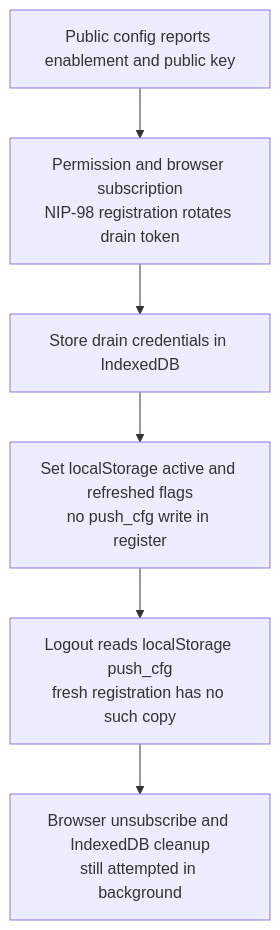
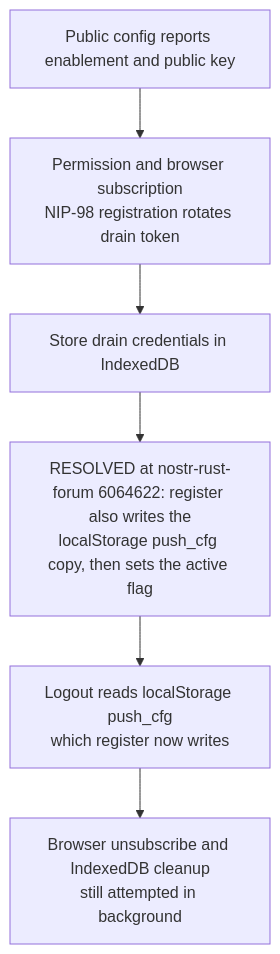
The first of 6 diagrams in docs/diagrams/nostr-rust-forum/18-web-push-delivery-and-account-boundaries.md (DreamLab-AI/VisionFlow), drawn with Mermaid before and after one commit. The commit also changed other lines of this file and 59 other files, not shown here.

First line of the commit message:
docs(diagrams): re-derive and re-stamp forum, website, pod, ontomark and sealmap topics

````diff
--- a/docs/diagrams/nostr-rust-forum/18-web-push-delivery-and-account-boundaries.md
+++ b/docs/diagrams/nostr-rust-forum/18-web-push-delivery-and-account-boundaries.md
@@ -30,18 +30,18 @@
 ```mermaid
 flowchart TB
-    %% Source: ../nostr-rust-forum/crates/nostr-bbs-relay-worker/src/push.rs:1043
+    %% Source: ../nostr-rust-forum/crates/nostr-bbs-relay-worker/src/push.rs:1064
     A["Public config reports enablement and public key"]
     %% Source: ../nostr-rust-forum/crates/nostr-bbs-forum-client/src/utils/push.rs:295
     B["Permission and browser subscription<br/>NIP-98 registration rotates drain token"]
     %% Source: ../nostr-rust-forum/crates/nostr-bbs-forum-client/js/push.js:145
     C["Store drain credentials in IndexedDB"]
     %% Source: ../nostr-rust-forum/crates/nostr-bbs-forum-client/src/utils/push.rs:314
-    D["Set localStorage active and refreshed flags<br/>no push_cfg write in register"]
-    %% Source: ../nostr-rust-forum/crates/nostr-bbs-forum-client/src/utils/push.rs:364
-    E["Logout reads localStorage push_cfg<br/>fresh registration has no such copy"]
-    %% Source: ../nostr-rust-forum/crates/nostr-bbs-forum-client/src/utils/push.rs:377
+    D["RESOLVED at nostr-rust-forum 6064622: register also writes the<br/>localStorage push_cfg copy, then sets the active flag"]
+    %% Source: ../nostr-rust-forum/crates/nostr-bbs-forum-client/src/utils/push.rs:369
+    E["Logout reads localStorage push_cfg<br/>which register now writes"]
+    %% Source: ../nostr-rust-forum/crates/nostr-bbs-forum-client/src/utils/push.rs:382
     F["Browser unsubscribe and IndexedDB cleanup<br/>still attempted in background"]
     A --> B
     B --> C --> D
     D --> E --> F
 ```
````
